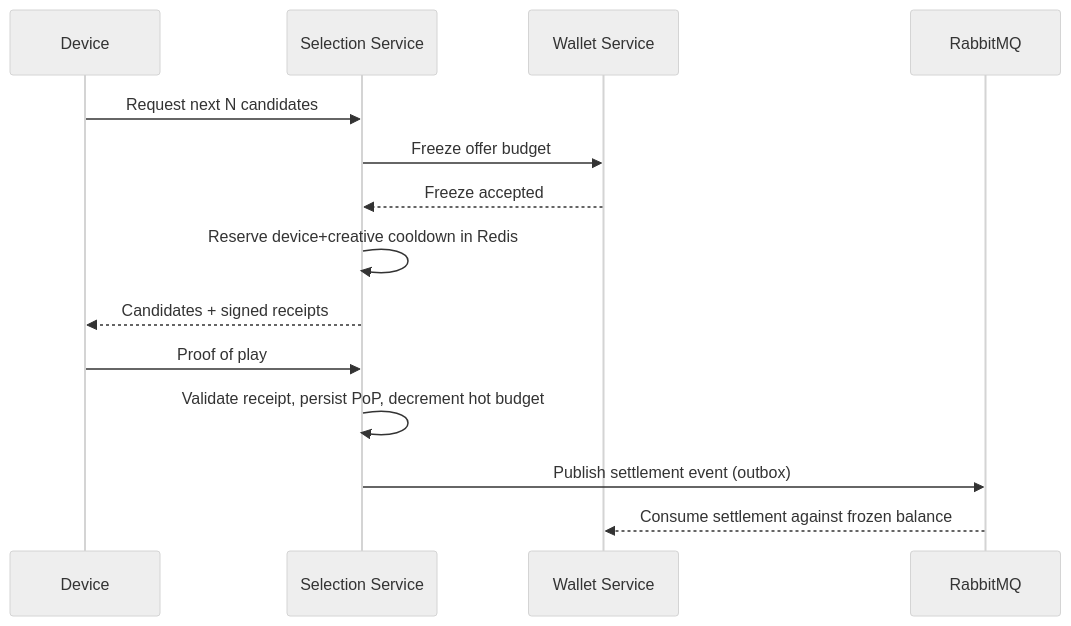
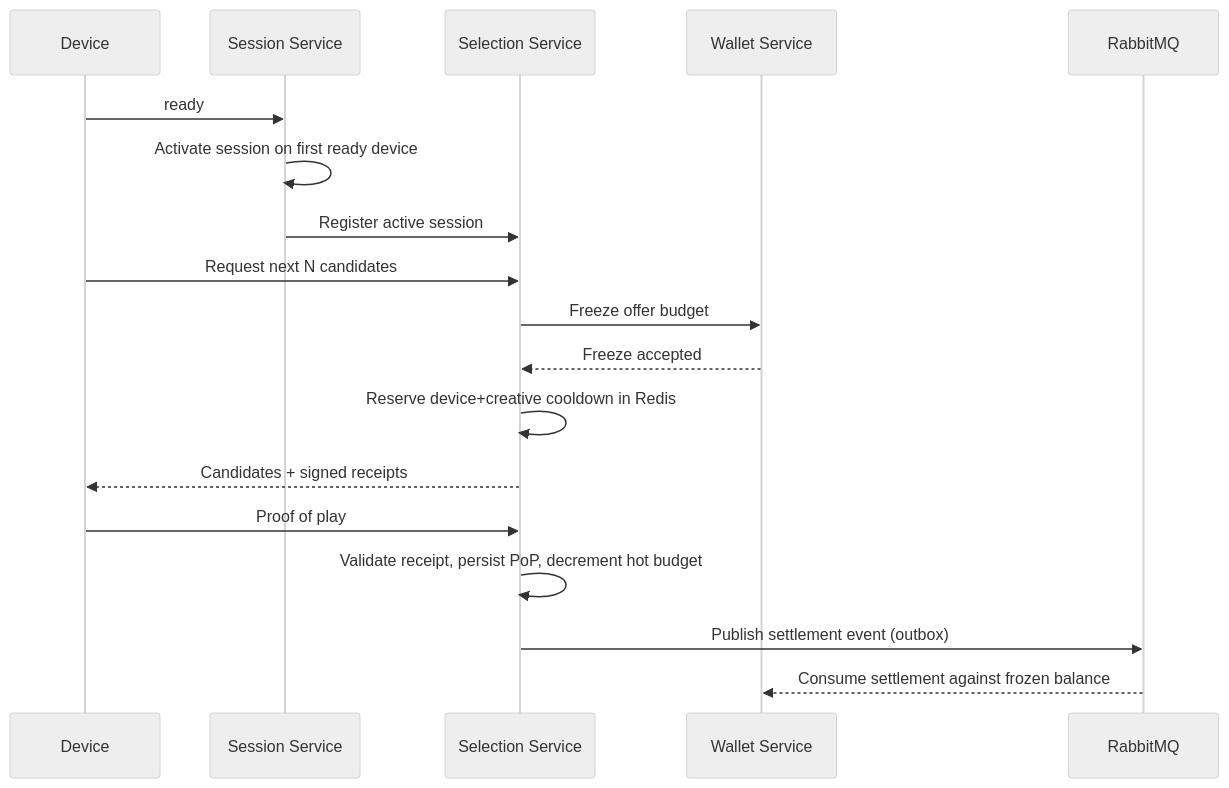
Before and after one commit to marcoRomanoFina/bidcast: the diagram in README.md, drawn with Mermaid (neutral theme). The commit also changed other lines of this file, not shown here.

````diff
--- a/README.md
+++ b/README.md
@@ -57,17 +60,21 @@
 ```mermaid
 sequenceDiagram
     participant D as Device
+    participant SS as Session Service
     participant S as Selection Service
     participant W as Wallet Service
     participant R as RabbitMQ
 
+    D->>SS: ready
+    SS->>SS: Activate session on first ready device
+    SS->>S: Register active session
     D->>S: Request next N candidates
     S->>W: Freeze offer budget
     W-->>S: Freeze accepted
     S->>S: Reserve device+creative cooldown in Redis
     S-->>D: Candidates + signed receipts
     D->>S: Proof of play
     S->>S: Validate receipt, persist PoP, decrement hot budget
     S->>R: Publish settlement event (outbox)
     R-->>W: Consume settlement against frozen balance
 ```
````
